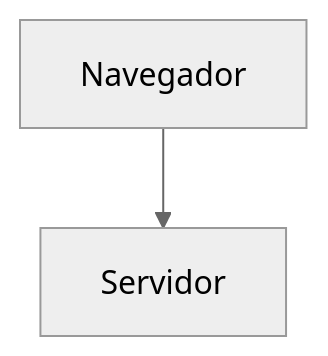
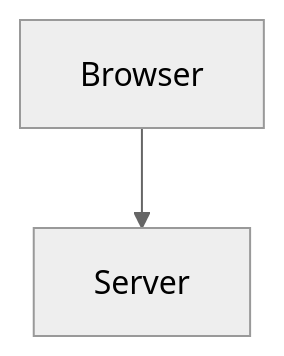
Before and after one commit to OmAn94/Markdown: the diagram in README.md, drawn with Mermaid (neutral theme). The commit also changed other lines of this file, not shown here.

````diff
--- a/README.md
+++ b/README.md
@@ -5,4 +5,4 @@
 ```mermaid
 graph TD;
-Navegador-->Servidor;
+Browser-->Server;
 ```
````
